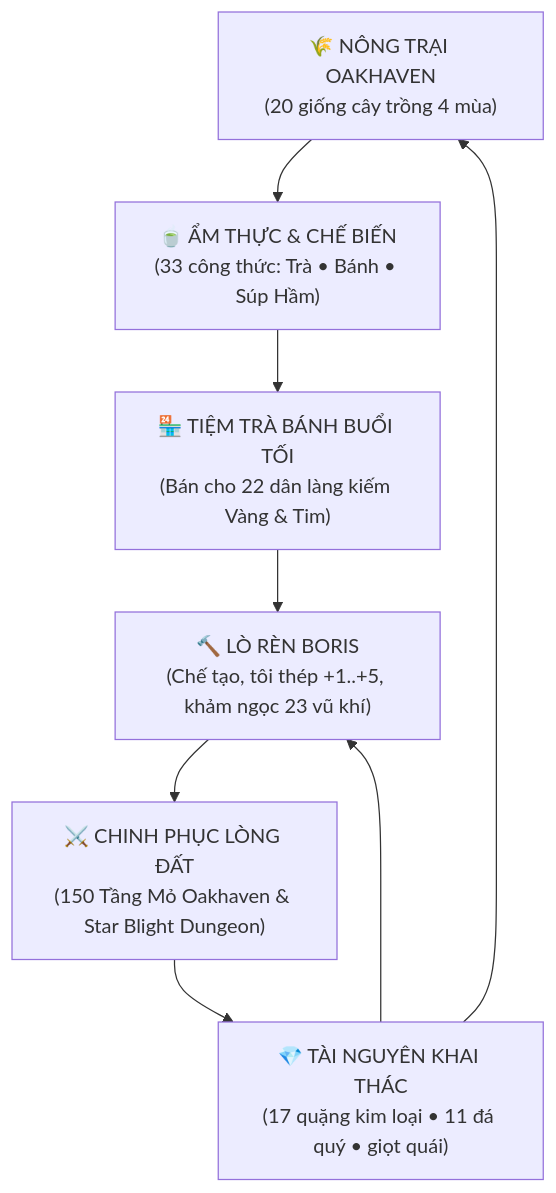
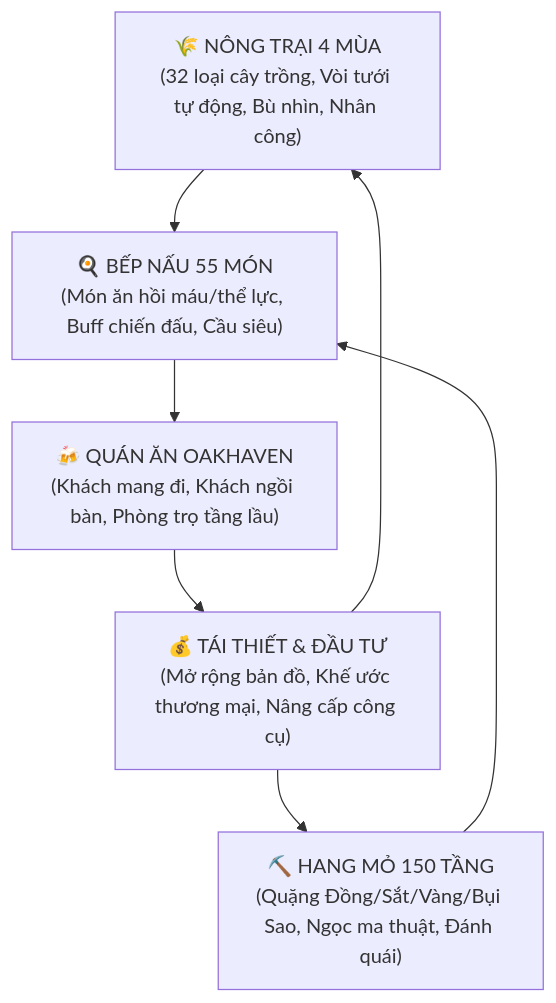
One commit to mquand/rowan-of-oakhaven-wiki changed the diagram in OAKHAVEN_DESIGN_COMPENDIUM.md. Above: the diagram before and after it, drawn with Mermaid. The commit also changed other lines of this file and 12 other files, not shown here.

````diff
--- a/OAKHAVEN_DESIGN_COMPENDIUM.md
+++ b/OAKHAVEN_DESIGN_COMPENDIUM.md
@@ -9,10 +11,9 @@
 ```mermaid
 flowchart TD
-    Farm["🌾 NÔNG TRẠI OAKHAVEN<br/>(20 giống cây trồng 4 mùa)"] --> Cook["🍵 ẨM THỰC & CHẾ BIẾN<br/>(33 công thức: Trà • Bánh • Súp Hầm)"]
-    Cook --> Shop["🏪 TIỆM TRÀ BÁNH BUỔI TỐI<br/>(Bán cho 22 dân làng kiếm Vàng & Tim)"]
-    Shop --> Forge["🔨 LÒ RÈN BORIS<br/>(Chế tạo, tôi thép +1..+5, khảm ngọc 23 vũ khí)"]
-    Forge --> Dungeon["⚔️ CHINH PHỤC LÒNG ĐẤT<br/>(150 Tầng Mỏ Oakhaven & Star Blight Dungeon)"]
-    Dungeon --> Resource["💎 TÀI NGUYÊN KHAI THÁC<br/>(17 quặng kim loại • 11 đá quý • giọt quái)"]
-    Resource --> Farm
-    Resource --> Forge
+    Farm["🌾 NÔNG TRẠI 4 MÙA<br/>(32 loại cây trồng, Vòi tưới tự động, Bù nhìn, Nhân công)"] --> Kitchen["🍳 BẾP NẤU 55 MÓN<br/>(Món ăn hồi máu/thể lực, Buff chiến đấu, Cầu siêu)"]
+    Mine["⛏️ HANG MỎ 150 TẦNG<br/>(Quặng Đồng/Sắt/Vàng/Bụi Sao, Ngọc ma thuật, Đánh quái)"] --> Kitchen
+    Kitchen --> Tavern["🍻 QUÁN ĂN OAKHAVEN<br/>(Khách mang đi, Khách ngồi bàn, Phòng trọ tầng lầu)"]
+    Tavern --> Invest["💰 TÁI THIẾT & ĐẦU TƯ<br/>(Mở rộng bản đồ, Khế ước thương mại, Nâng cấp công cụ)"]
+    Invest --> Farm
+    Invest --> Mine
 ```
````
